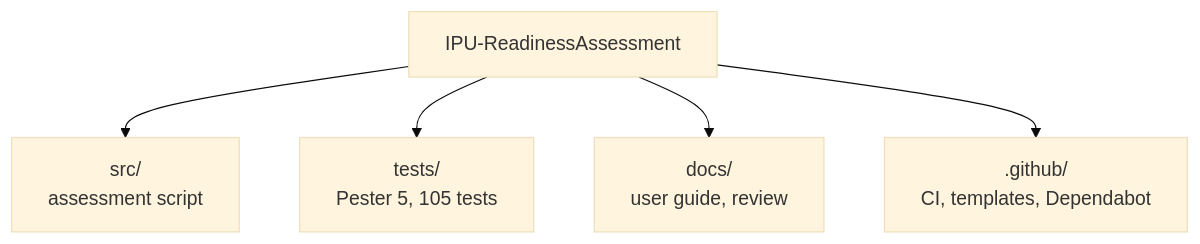
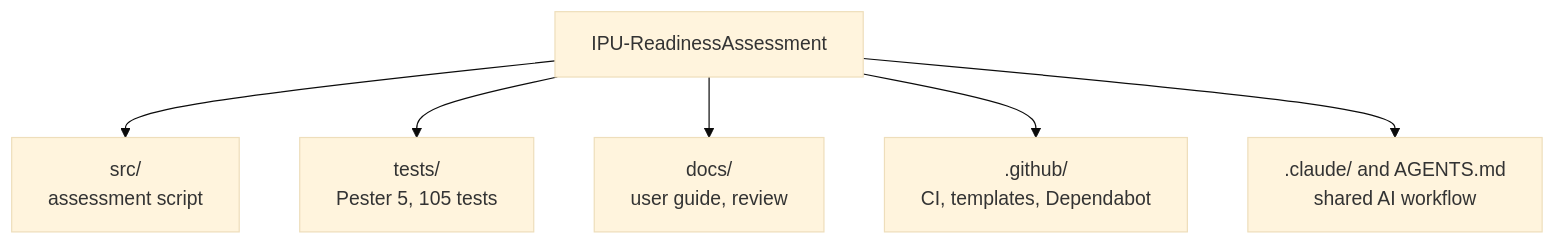
Before and after one commit to JeanKadang/IPU-ReadinessAssessment: the second of 2 diagrams in README.md, drawn with Mermaid (base theme). The commit also changed other lines of this file and 26 other files, not shown here.

````diff
--- a/README.md
+++ b/README.md
@@ -91,7 +91,8 @@
 ```mermaid
 flowchart TD
     R[IPU-ReadinessAssessment] --> S[src/<br/>assessment script]
     R --> T[tests/<br/>Pester 5, 105 tests]
     R --> D[docs/<br/>user guide, review]
     R --> G[.github/<br/>CI, templates, Dependabot]
+    R --> C[.claude/ and AGENTS.md<br/>shared AI workflow]
 ```
````
